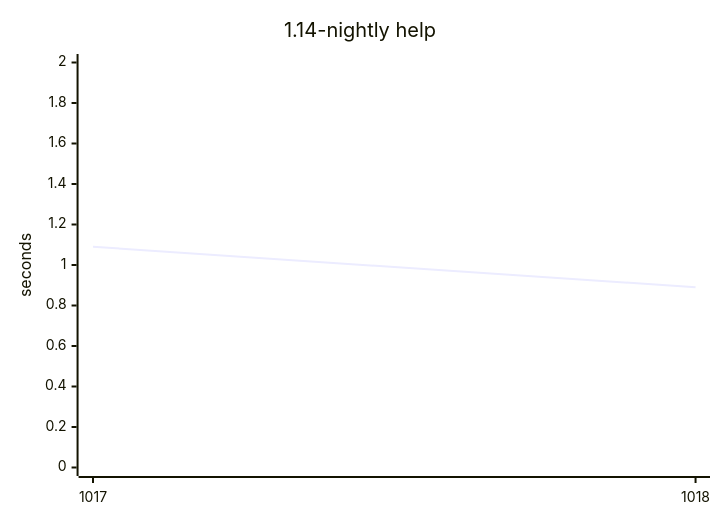
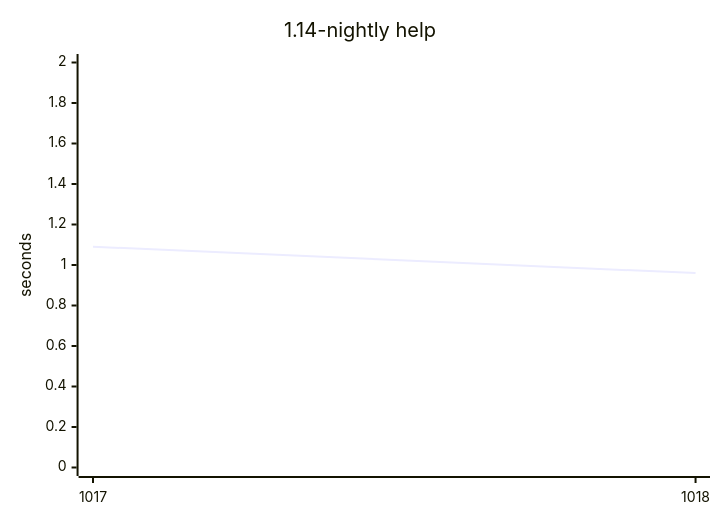
One commit to yamanori99/DistSSHRun.jl changed the second of 2 diagrams in README.md. Above: the diagram before and after it, drawn with Mermaid. The commit also changed other lines of this file and 1 other file, not shown here.

````diff
--- a/README.md
+++ b/README.md
@@ -52,7 +52,7 @@
 ```mermaid
 xychart-beta
     title "1.14-nightly help"
     x-axis ["1017", "1018"]
     y-axis "seconds" 0 --> 2
-    line [1.09, 0.89]
+    line [1.09, 0.96]
 ```
````
